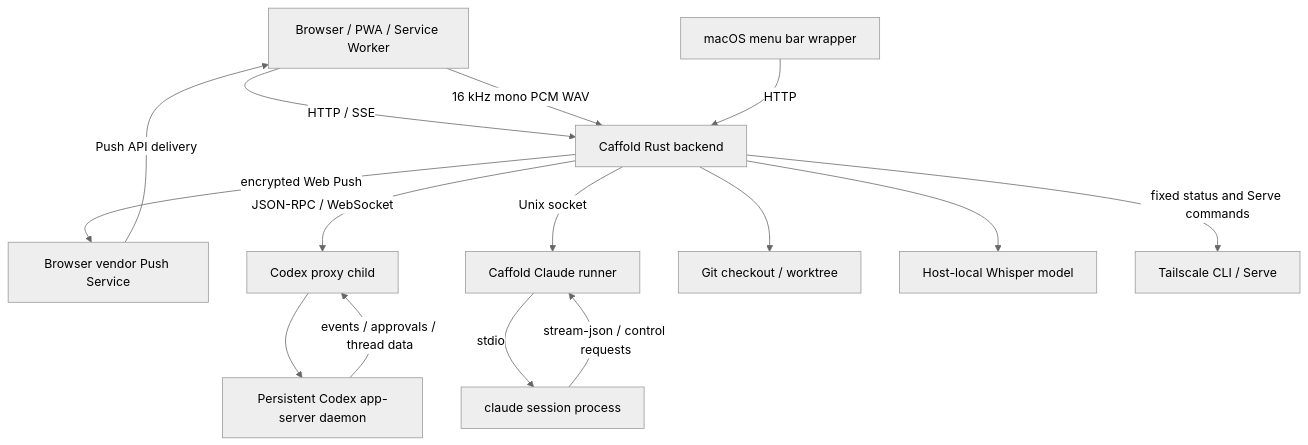
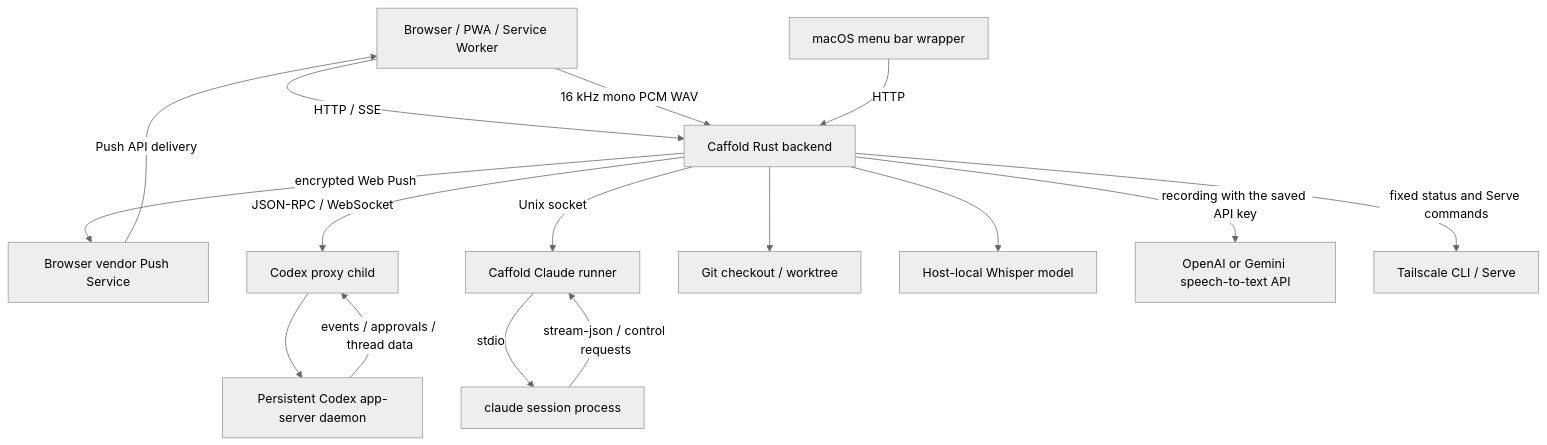
The diagram in docs/architecture/overview.md (panarch/caffold), drawn with Mermaid (neutral theme) before and after one commit. The commit also changed other lines of this file and 41 other files, not shown here.

First line of the commit message:
Add Voice Input settings with OpenAI and Gemini transcription

````diff
--- a/docs/architecture/overview.md
+++ b/docs/architecture/overview.md
@@ -10,29 +10,31 @@
 ```mermaid
 flowchart TD
     PWA["Browser / PWA / Service Worker"]
     MacWrapper["macOS menu bar wrapper"]
     Backend["Caffold Rust backend"]
     PushService["Browser vendor Push Service"]
     Proxy["Codex proxy child"]
     AppServer["Persistent Codex app-server daemon"]
     Runner["Caffold Claude runner"]
     ClaudeSession["claude session process"]
     Git["Git checkout / worktree"]
     Whisper["Host-local Whisper model"]
+    SpeechApi["OpenAI or Gemini speech-to-text API"]
     Tailscale["Tailscale CLI / Serve"]
 
     PWA -->|"HTTP / SSE"| Backend
     PWA -->|"16 kHz mono PCM WAV"| Backend
     MacWrapper -->|"HTTP"| Backend
     Backend -->|"JSON-RPC / WebSocket"| Proxy
     Proxy --> AppServer
     Backend -->|"Unix socket"| Runner
     Runner -->|"stdio"| ClaudeSession
     Backend --> Git
     Backend --> Whisper
+    Backend -->|"recording with the saved API key"| SpeechApi
     Backend -->|"fixed status and Serve commands"| Tailscale
     Backend -->|"encrypted Web Push"| PushService
     PushService -->|"Push API delivery"| PWA
     AppServer -->|"events / approvals / thread data"| Proxy
     ClaudeSession -->|"stream-json / control requests"| Runner
 ```
````
